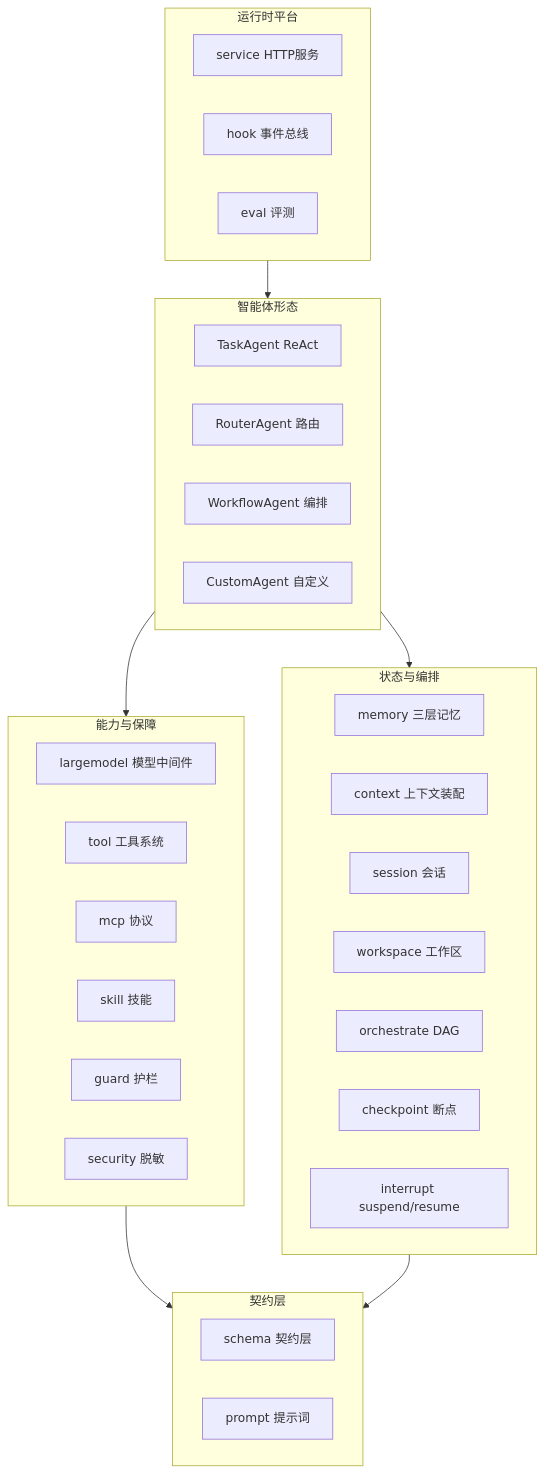
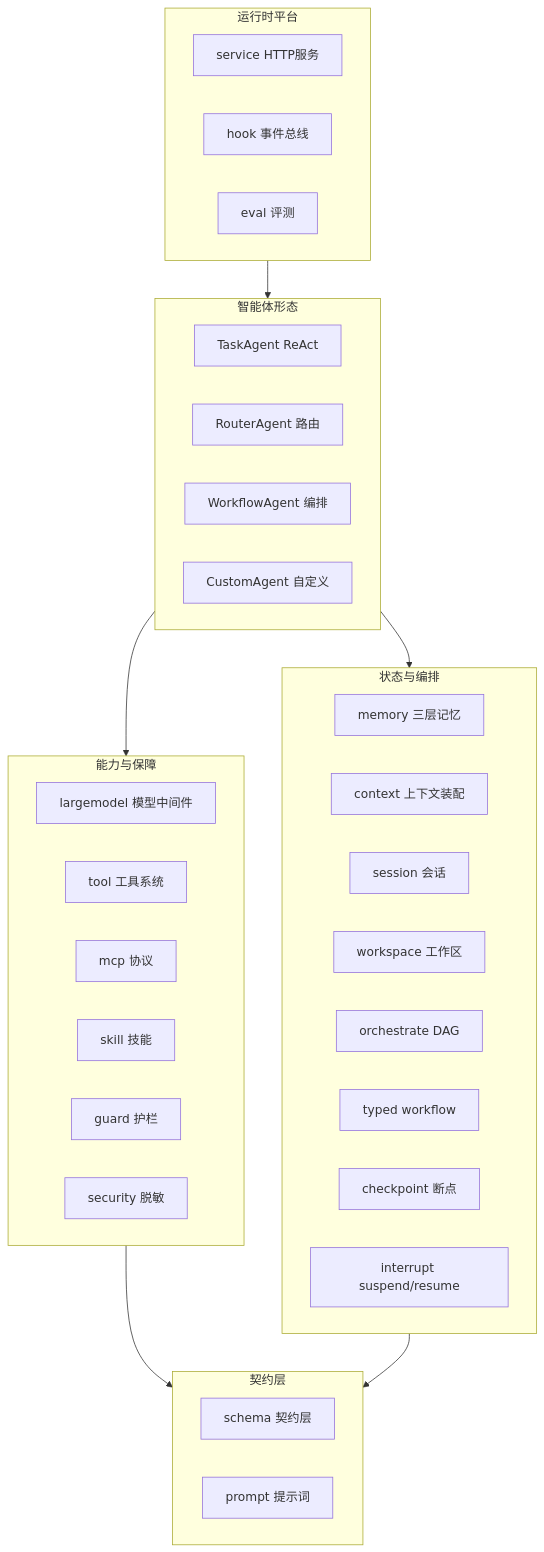
The first of 2 diagrams in doc/architecture/architecture.md (vogo/vage), drawn with Mermaid before and after one commit. The commit also changed other lines of this file and 23 other files, not shown here.

````diff
--- a/doc/architecture/architecture.md
+++ b/doc/architecture/architecture.md
@@ -9,41 +9,42 @@
 ```mermaid
 graph TD
     subgraph L4[运行时平台]
         service[service HTTP服务]
         hook[hook 事件总线]
         eval[eval 评测]
     end
     subgraph L3[智能体形态]
         task[TaskAgent ReAct]
         router[RouterAgent 路由]
         workflow[WorkflowAgent 编排]
         custom[CustomAgent 自定义]
     end
     subgraph L2[能力与保障]
         model[largemodel 模型中间件]
         tool[tool 工具系统]
         mcp[mcp 协议]
         skill[skill 技能]
         guard[guard 护栏]
         security[security 脱敏]
     end
     subgraph L1[状态与编排]
         memory[memory 三层记忆]
         vctx[context 上下文装配]
         session[session 会话]
         workspace[workspace 工作区]
         orchestrate[orchestrate DAG]
+        typedWF[typed workflow]
         checkpoint[checkpoint 断点]
         interrupt[interrupt suspend/resume]
     end
     subgraph L0[契约层]
         schema[schema 契约层]
         prompt[prompt 提示词]
     end
 
     L4 --> L3
     L3 --> L2
     L3 --> L1
     L2 --> L0
     L1 --> L0
 ```
````
